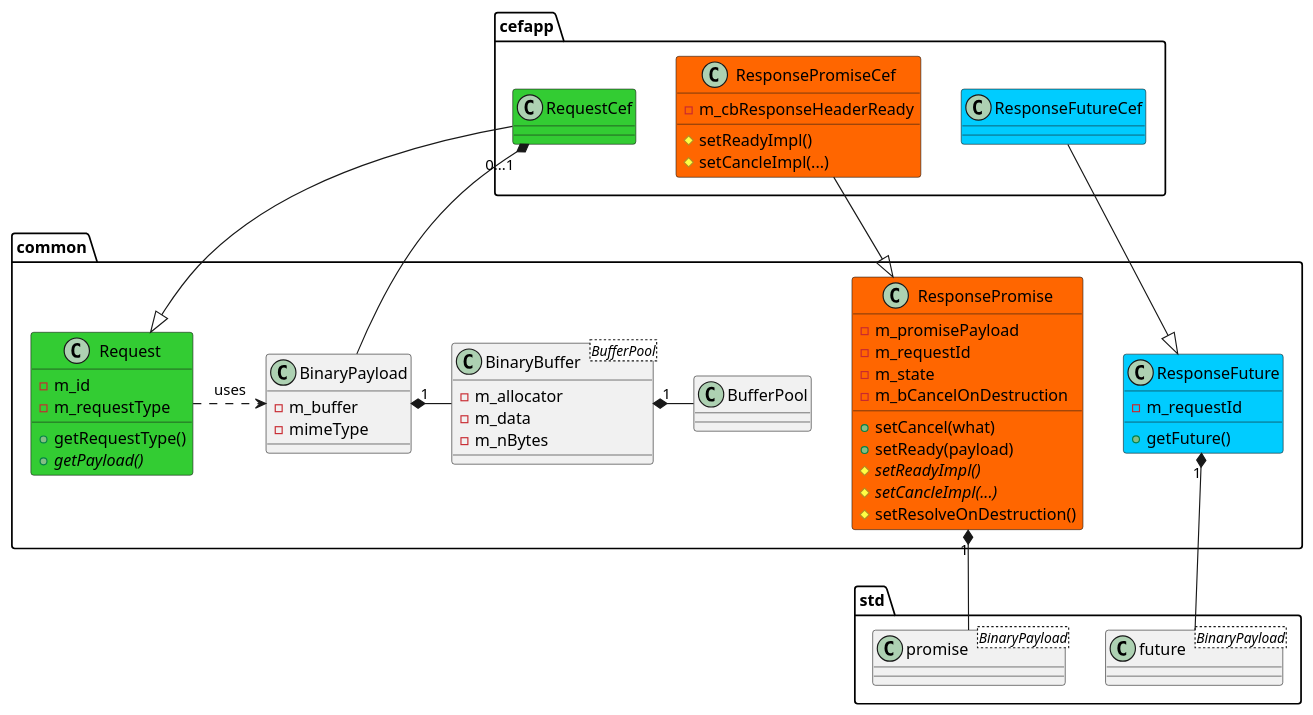
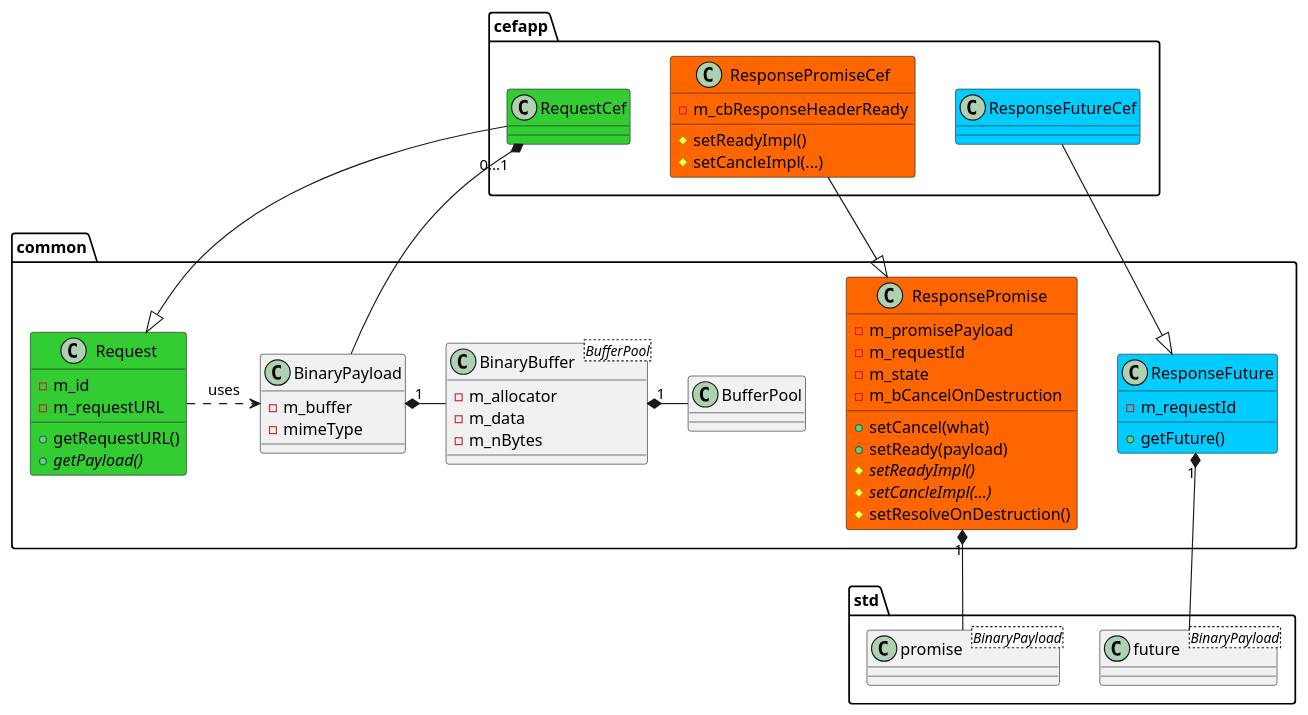
One commit to gabyx/ExecutionGraph changed the diagram in gui/specs/request-response.plantuml. Above: the diagram before and after it, drawn with PlantUML. The commit also changed 14 other files, not shown here.

```diff
--- a/gui/specs/request-response.plantuml
+++ b/gui/specs/request-response.plantuml
@@ -2,65 +2,65 @@
 @startuml
 set namespaceSeparator ::
 skinparam shadowing false
 
 namespace common {
     class BinaryBuffer<BufferPool> {
         - m_allocator
         - m_data
         - m_nBytes
     }
     class BinaryPayload {
         - m_buffer
         - mimeType
     }
 
     class BufferPool
     class Request #33cc33 {
-        + getRequestType()
+        + getRequestURL()
         + getPayload() {abstract}
         - m_id
-        - m_requestType
+        - m_requestURL
     }
     class ResponsePromise #ff6600 {
         + setCancel(what)
         + setReady(payload)
         # setReadyImpl() {abstract}
         # setCancleImpl(...) {abstract}
         # setResolveOnDestruction()
         - m_promisePayload
         - m_requestId
         - m_state
         - m_bCancelOnDestruction
     }
     class ResponseFuture #00ccff {
         + getFuture()
         - m_requestId
     }
 }
 
 namespace cefapp {
     class RequestCef #33cc33
     class ResponsePromiseCef #ff6600 {
         # setReadyImpl()
         # setCancleImpl(...)
         - m_cbResponseHeaderReady
     }
     class ResponseFutureCef #00ccff
 }
 
 namespace std {
     class promise<BinaryPayload>
     class future<BinaryPayload>
 }
 
 cefapp::RequestCef --|> common::Request
 cefapp::ResponsePromiseCef --|> common::ResponsePromise
 common::ResponsePromise "1" *-- std::promise
 cefapp::ResponseFutureCef --|> common::ResponseFuture
 common::ResponseFuture "1" *-- std::future
 
 common::Request .right.> common::BinaryPayload : uses
 cefapp::RequestCef "0...1" *--  common::BinaryPayload
 common::BinaryPayload "1" *-right- common::BinaryBuffer
 common::BinaryBuffer "1" *-right- common::BufferPool
 @enduml
```
